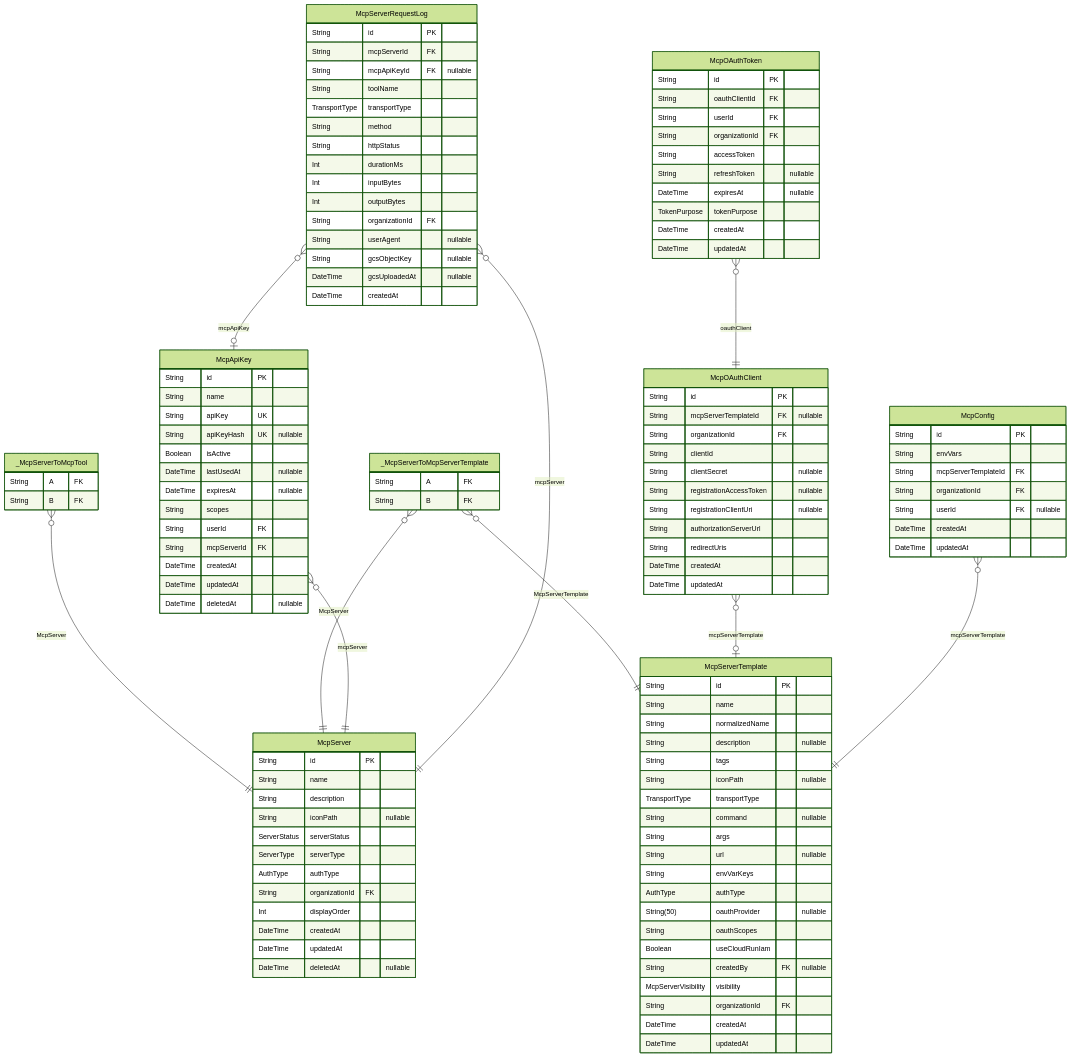
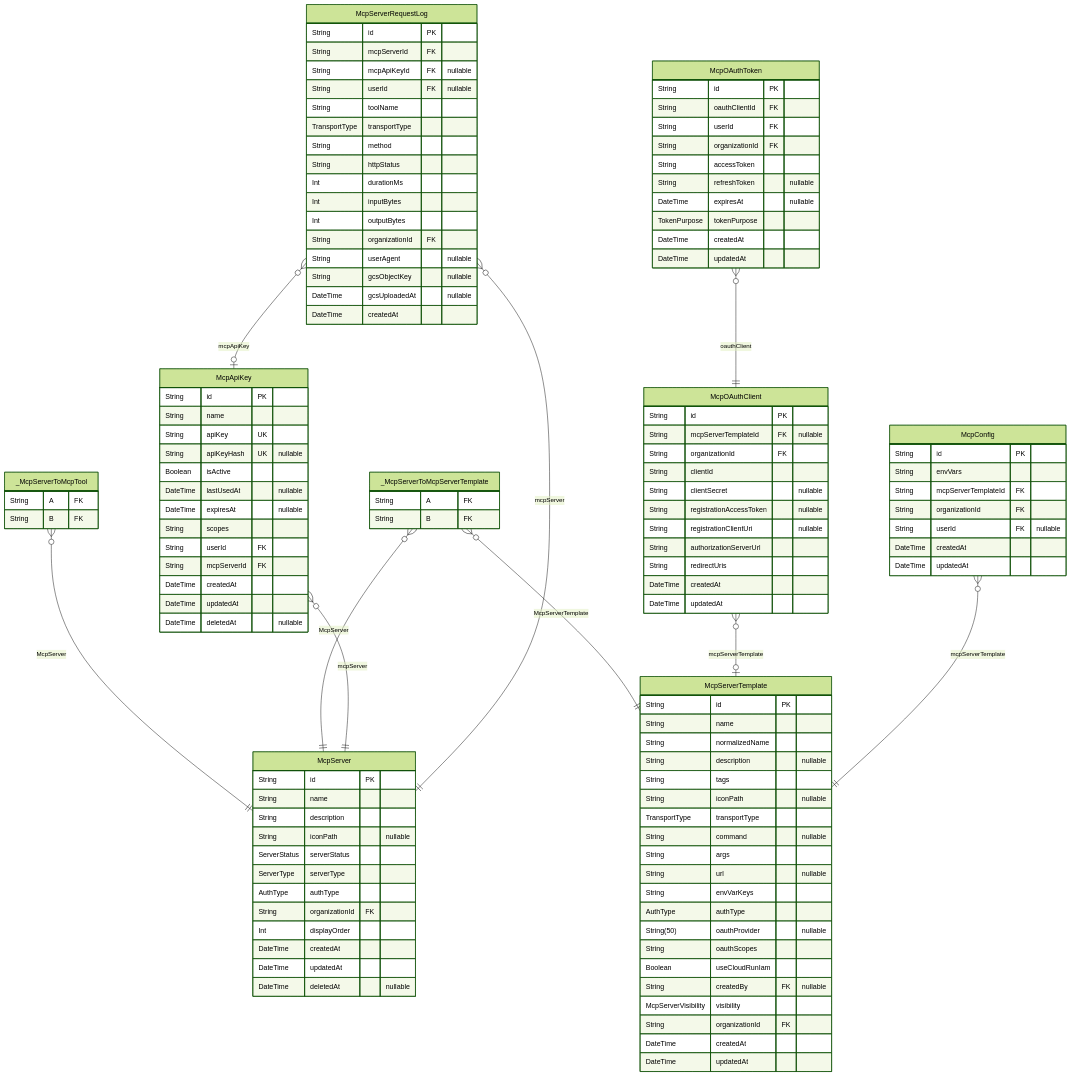
One commit to rayven122/tumiki changed the fourth of 6 diagrams in packages/db/prisma/README.md. Above: the diagram before and after it, drawn with Mermaid (forest theme). The commit also changed other lines of this file and 3 other files, not shown here.

```diff
--- a/packages/db/prisma/README.md
+++ b/packages/db/prisma/README.md
@@ -516,6 +516,7 @@
   String id PK
   String mcpServerId FK
   String mcpApiKeyId FK "nullable"
+  String userId FK "nullable"
   String toolName
   TransportType transportType
   String method
```
